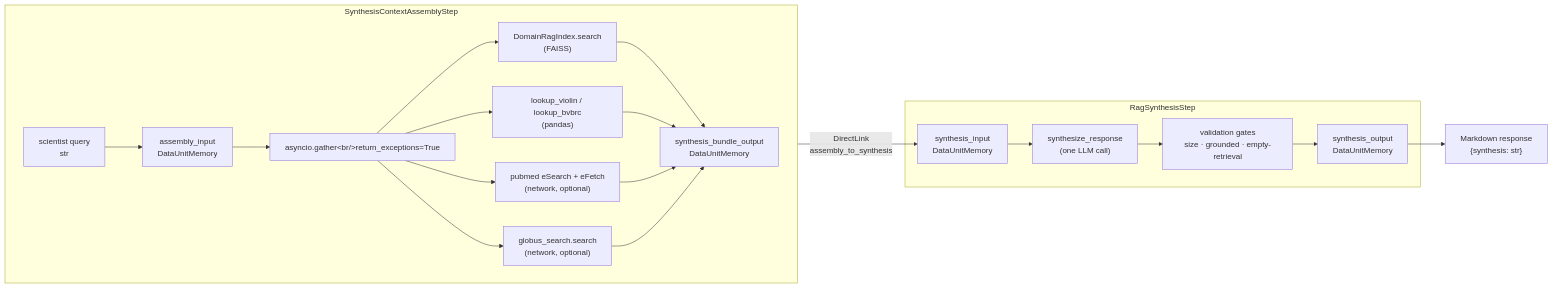
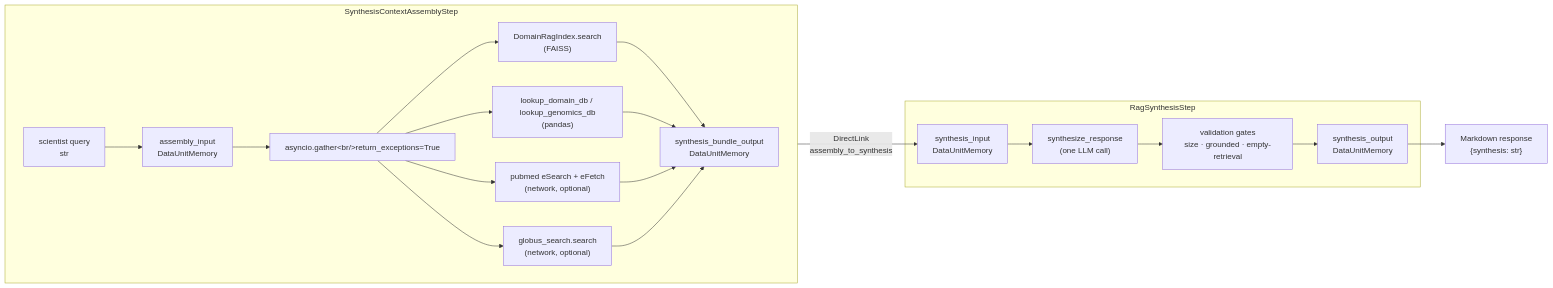
Before and after one commit to AlexandrNP/apecx-mcp-integration: the second of 8 diagrams in docs/architecture.md, drawn with Mermaid. The commit also changed other lines of this file and 29 other files, not shown here.

````diff
--- a/docs/architecture.md
+++ b/docs/architecture.md
@@ -106,29 +121,29 @@
 ```mermaid
 flowchart LR
     Q["scientist query<br/>str"]
 
     subgraph Assembly["SynthesisContextAssemblyStep"]
         direction LR
         Q --> AS["assembly_input<br/>DataUnitMemory"]
         AS --> Gather["asyncio.gather&lt;br/&gt;return_exceptions=True"]
         Gather --> RAG["DomainRagIndex.search<br/>(FAISS)"]
-        Gather --> VBL["lookup_violin / lookup_bvbrc<br/>(pandas)"]
+        Gather --> VBL["lookup_domain_db / lookup_genomics_db<br/>(pandas)"]
         Gather --> PUB["pubmed eSearch + eFetch<br/>(network, optional)"]
         Gather --> GS["globus_search.search<br/>(network, optional)"]
         RAG --> Bundle
         VBL --> Bundle
         PUB --> Bundle
         GS --> Bundle
         Bundle["synthesis_bundle_output<br/>DataUnitMemory"]
     end
 
     Bundle -- "DirectLink<br/>assembly_to_synthesis" --> SI["synthesis_input<br/>DataUnitMemory"]
 
     subgraph Synthesis["RagSynthesisStep"]
         SI --> LLM["synthesize_response<br/>(one LLM call)"]
         LLM --> Gates["validation gates<br/>size · grounded · empty-retrieval"]
         Gates --> SO["synthesis_output<br/>DataUnitMemory"]
     end
 
     SO --> Out["Markdown response<br/>{synthesis: str}"]
 ```
````
